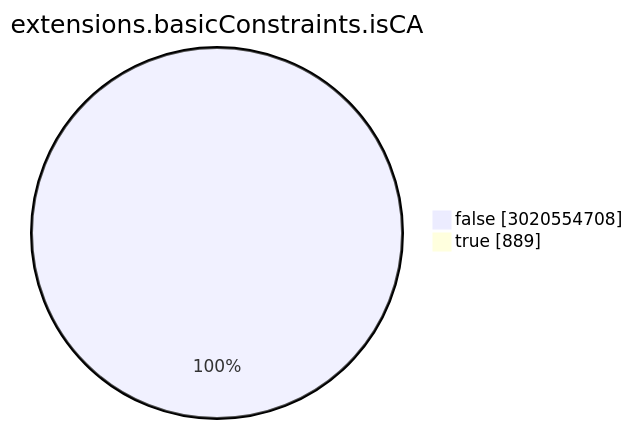
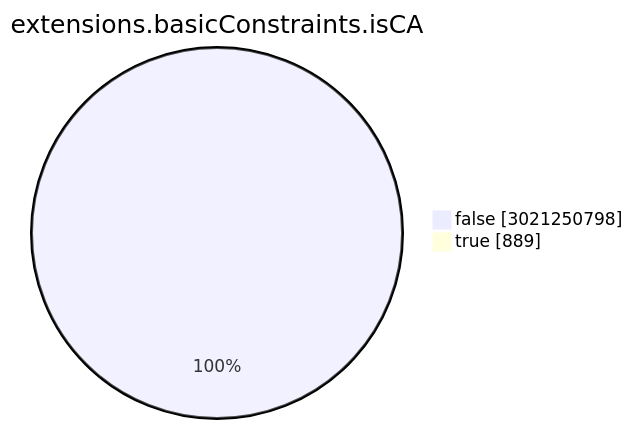
Before and after one commit to christiankrug/ctmonitor_visualization: the seventh of 15 diagrams in TOTAL/README.md, drawn with Mermaid. The commit also changed other lines of this file, not shown here.

````diff
--- a/TOTAL/README.md
+++ b/TOTAL/README.md
@@ -3085,6 +3085,6 @@
 ```mermaid
 pie showData
 title extensions.basicConstraints.isCA
-"false" :3020554708
+"false" :3021250798
 "true" :889
 ```
````
